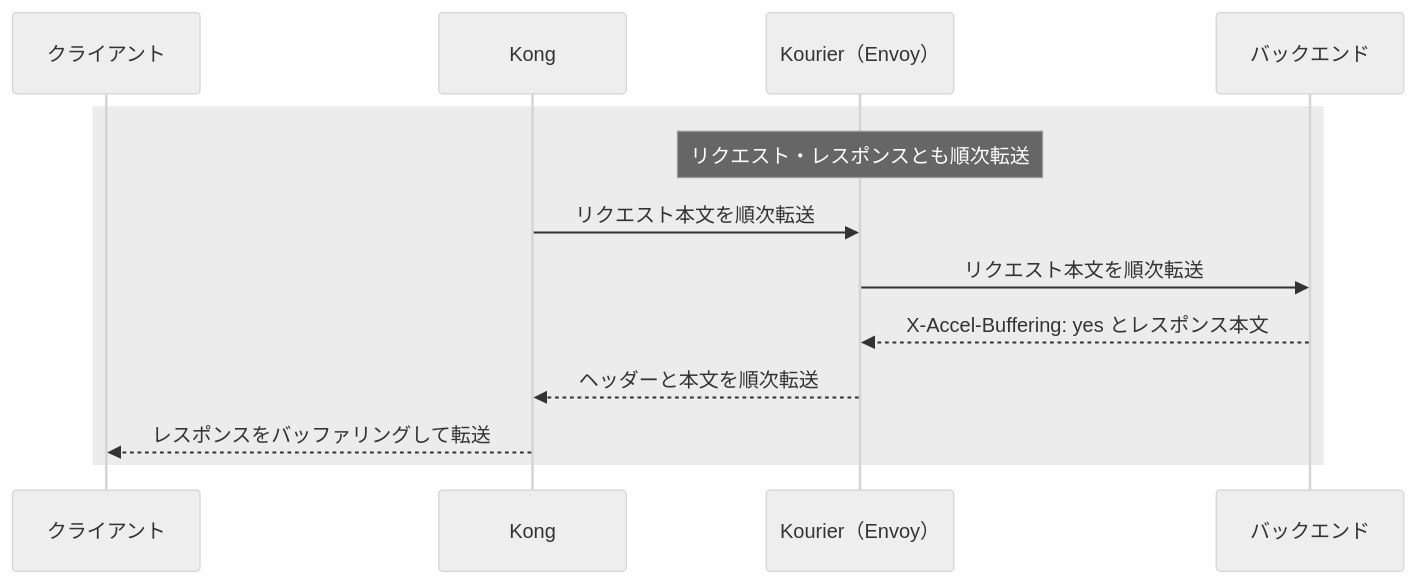
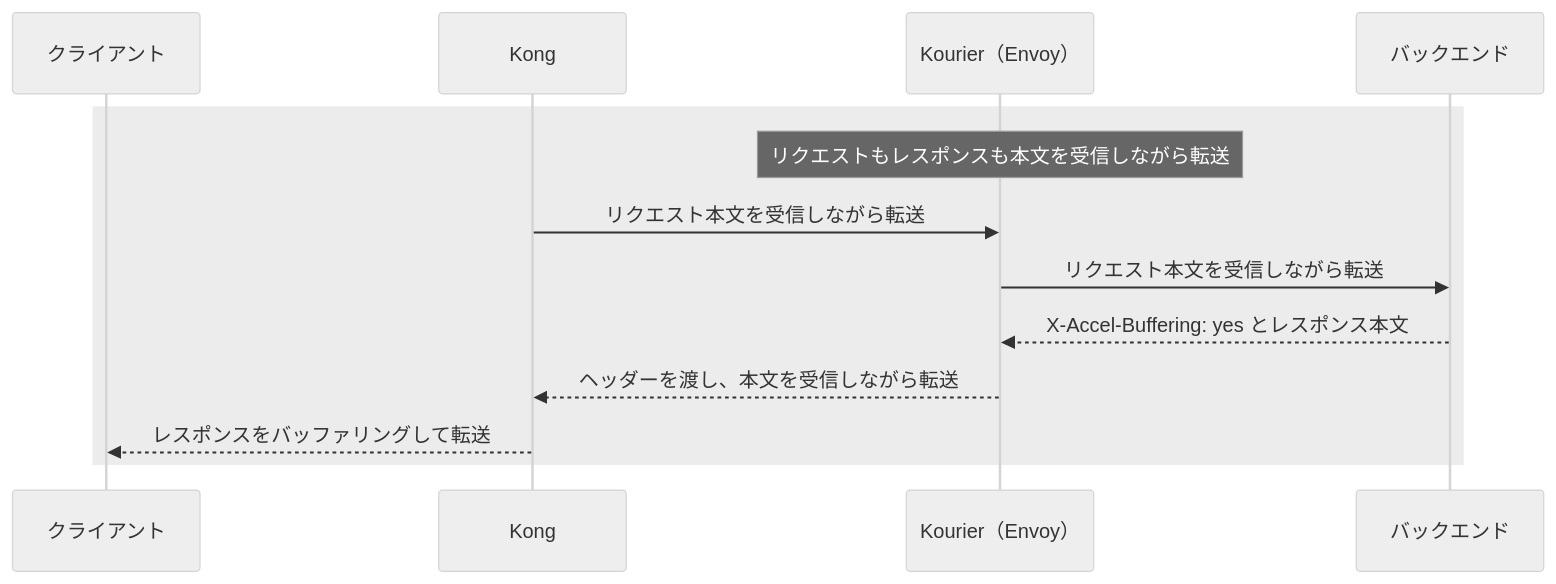
Before and after one commit to sasano8/infra-kubernetes: the second of 5 diagrams in docs/streaming.md, drawn with Mermaid (neutral theme). The commit also changed other lines of this file and 3 other files, not shown here.

````diff
--- a/docs/streaming.md
+++ b/docs/streaming.md
@@ -37,15 +41,15 @@
 ```mermaid
 sequenceDiagram
     participant C as クライアント
     participant K as Kong
     participant Q as Kourier（Envoy）
     participant B as バックエンド
     rect rgba(128, 128, 128, 0.15)
-        Note over Q: リクエスト・レスポンスとも順次転送
-        K->>Q: リクエスト本文を順次転送
-        Q->>B: リクエスト本文を順次転送
+        Note over Q: リクエストもレスポンスも本文を受信しながら転送
+        K->>Q: リクエスト本文を受信しながら転送
+        Q->>B: リクエスト本文を受信しながら転送
         B-->>Q: X-Accel-Buffering: yes とレスポンス本文
-        Q-->>K: ヘッダーと本文を順次転送
+        Q-->>K: ヘッダーを渡し、本文を受信しながら転送
         K-->>C: レスポンスをバッファリングして転送
     end
 ```
````
